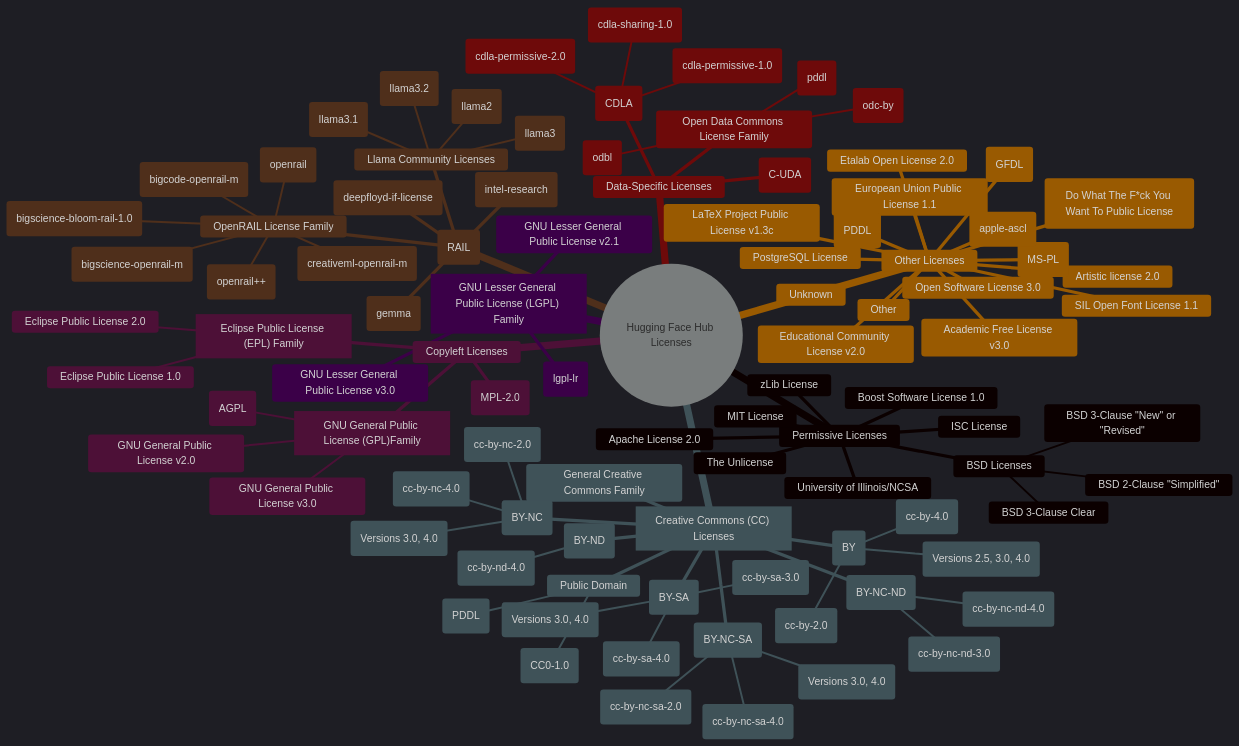
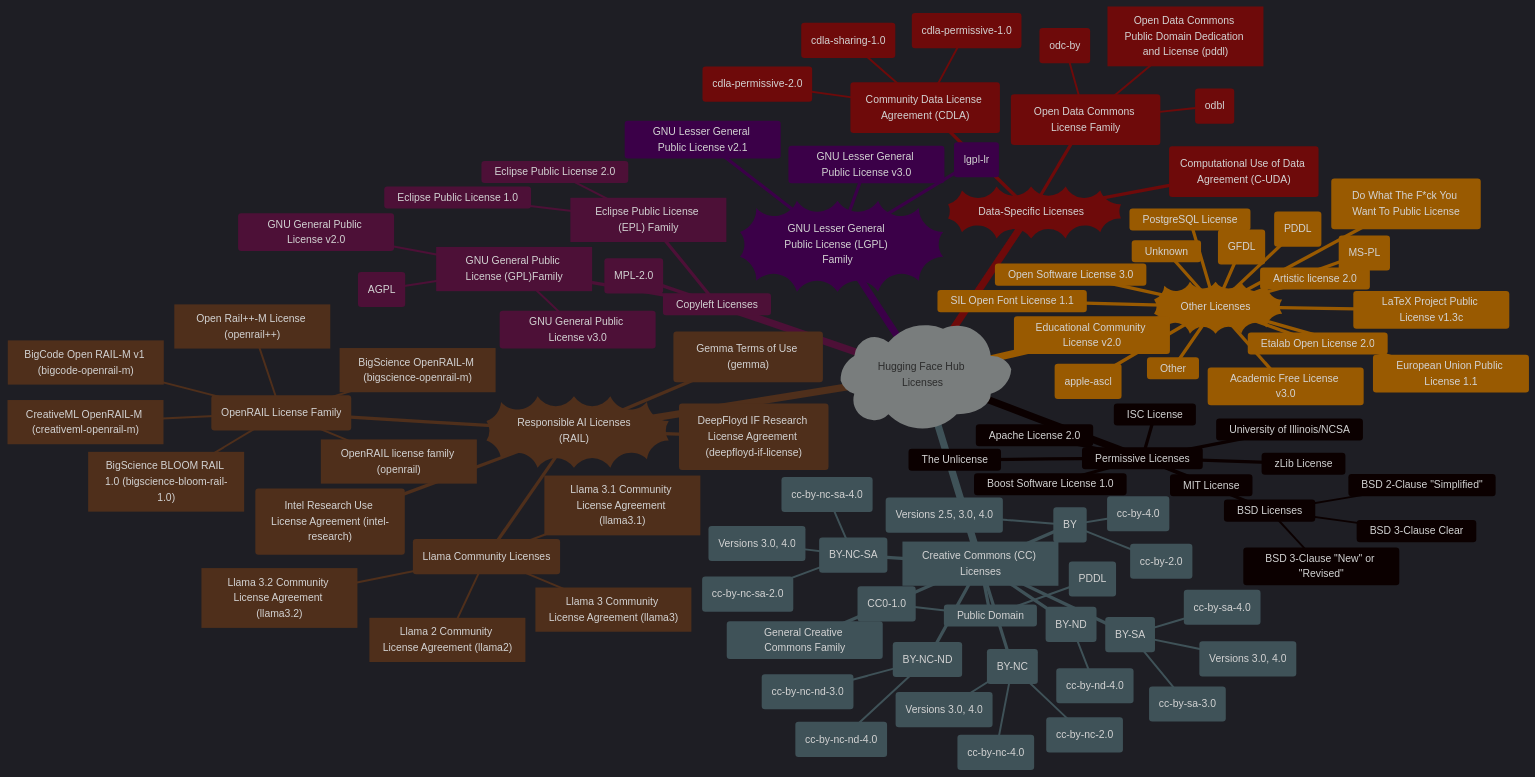
One commit to CongLeSolutionX/iOS-development-vault changed the first of 3 diagrams in Licensing_in_tech/Licensing_in_tech.md. Above: the diagram before and after it, drawn with Mermaid.

```diff
--- a/Licensing_in_tech/Licensing_in_tech.md
+++ b/Licensing_in_tech/Licensing_in_tech.md
@@ -47,7 +47,7 @@
   theme: dark
 ---
 mindmap
-  root((Hugging Face Hub Licenses))
+  root)"Hugging Face Hub Licenses"(
     Permissive Licenses
       Apache License 2.0
       MIT License
@@ -95,37 +95,37 @@
       Public Domain
         Creative Commons Zero v1.0 Universal (CC0-1.0)
         Open Data Commons Public Domain Dedication and License (PDDL)
-    Responsible AI Licenses (RAIL)
-      OpenRAIL License Family
-        OpenRAIL license family (openrail)
-        BigScience OpenRAIL-M (bigscience-openrail-m)
-        CreativeML OpenRAIL-M (creativeml-openrail-m)
-        BigCode Open RAIL-M v1 (bigcode-openrail-m)
-        Open Rail++-M License (openrail++)
-        BigScience BLOOM RAIL 1.0 (bigscience-bloom-rail-1.0)
-      Llama Community Licenses
-        Llama 2 Community License Agreement (llama2)
-        Llama 3 Community License Agreement (llama3)
-        Llama 3.1 Community License Agreement (llama3.1)
-        Llama 3.2 Community License Agreement (llama3.2)
-      Gemma Terms of Use (gemma)
-      DeepFloyd IF Research License Agreement (deepfloyd-if-license)
-      Intel Research Use License Agreement (intel-research)
-    Data-Specific Licenses
-      Community Data License Agreement (CDLA)
+    RAIL))"Responsible AI Licenses<br/>(RAIL)"((
+      OpenRAIL_License_Family("OpenRAIL License Family")
+        openrail["OpenRAIL license family (openrail)"]
+        bigscience_openrail_m["BigScience OpenRAIL-M (bigscience-openrail-m)"]
+        creativeml_openrail_m["CreativeML OpenRAIL-M (creativeml-openrail-m)"]
+        bigcode_openrail_m["BigCode Open RAIL-M v1 (bigcode-openrail-m)"]
+        openrail_plus_plus["Open Rail++-M License (openrail++)"]
+        bigscience_bloom_rail_1["BigScience BLOOM RAIL 1.0 (bigscience-bloom-rail-1.0)"]
+      Llama_Community_Licenses("Llama Community Licenses")
+        llama2["Llama 2 Community License Agreement (llama2)"]
+        llama3["Llama 3 Community License Agreement (llama3)"]
+        llama3_1["Llama 3.1 Community License Agreement (llama3.1)"]
+        llama3_2["Llama 3.2 Community License Agreement (llama3.2)"]
+      gemma("Gemma Terms of Use (gemma)")
+      deepfloyd_if_license("DeepFloyd IF Research License Agreement (deepfloyd-if-license)")
+      intel_research("Intel Research Use License Agreement (intel-research)")
+    Data_Specific_Licenses))"Data-Specific Licenses"((
+      CDLA("Community Data License Agreement (CDLA)")
         Community Data License Agreement – Sharing, Version 1.0 (cdla-sharing-1.0)
         Community Data License Agreement – Permissive, Version 1.0 (cdla-permissive-1.0)
         Community Data License Agreement – Permissive, Version 2.0 (cdla-permissive-2.0)
-      Open Data Commons License Family
+      Open_Data_Commons_License_Family("Open Data Commons License Family")
         Open Data Commons License Attribution Family (odc-by)
         Open Database License Family (odbl)
-        Open Data Commons Public Domain Dedication and License (pddl)
-      Computational Use of Data Agreement (C-UDA)
-    LGPL["GNU Lesser General Public License (LGPL) Family"]
+        pddl["Open Data Commons Public Domain Dedication and License (pddl)"]
+      CUDA("Computational Use of Data Agreement (C-UDA)")
+    LGPL))"GNU Lesser General Public License (LGPL) Family"((
       GNU Lesser General Public License v2.1
       GNU Lesser General Public License v3.0
       Lesser General Public License For Linguistic Resources (lgpl-lr)
-    Other Licenses
+    Other_Licenses))"Other Licenses"((
       Artistic license 2.0
       Academic Free License v3.0
       Educational Community License v2.0
```
